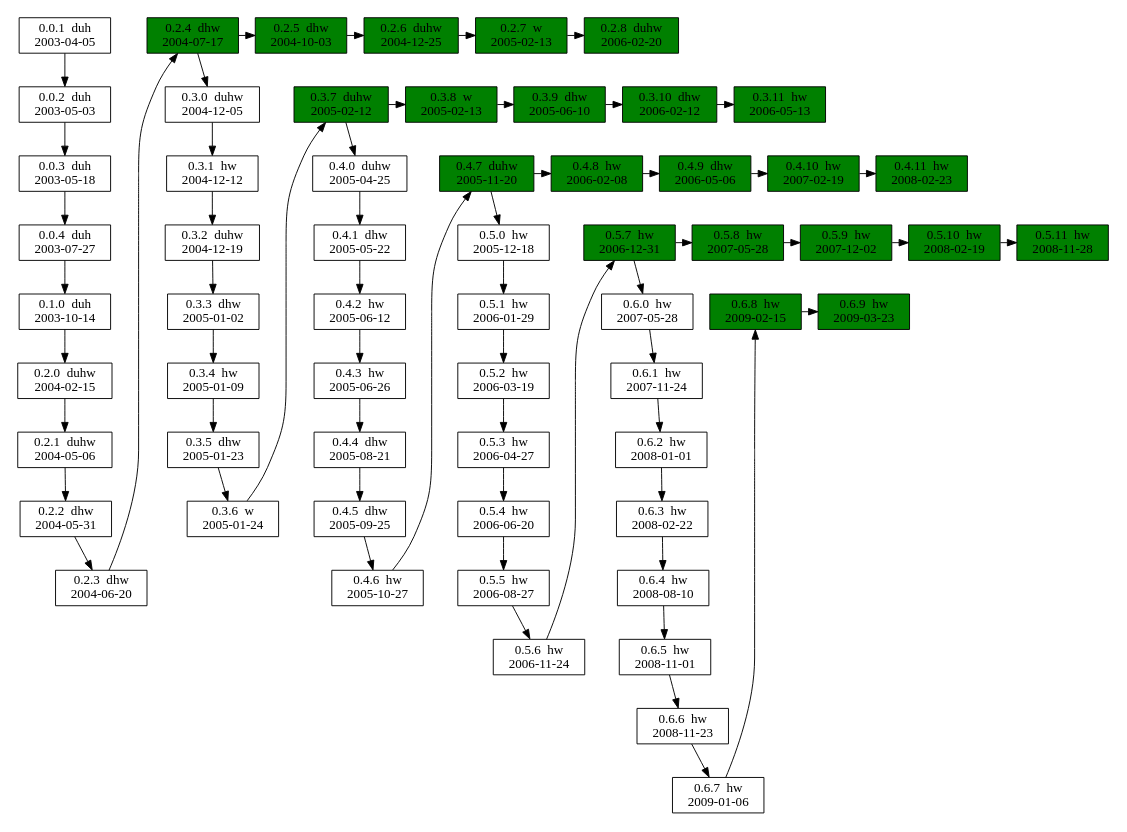
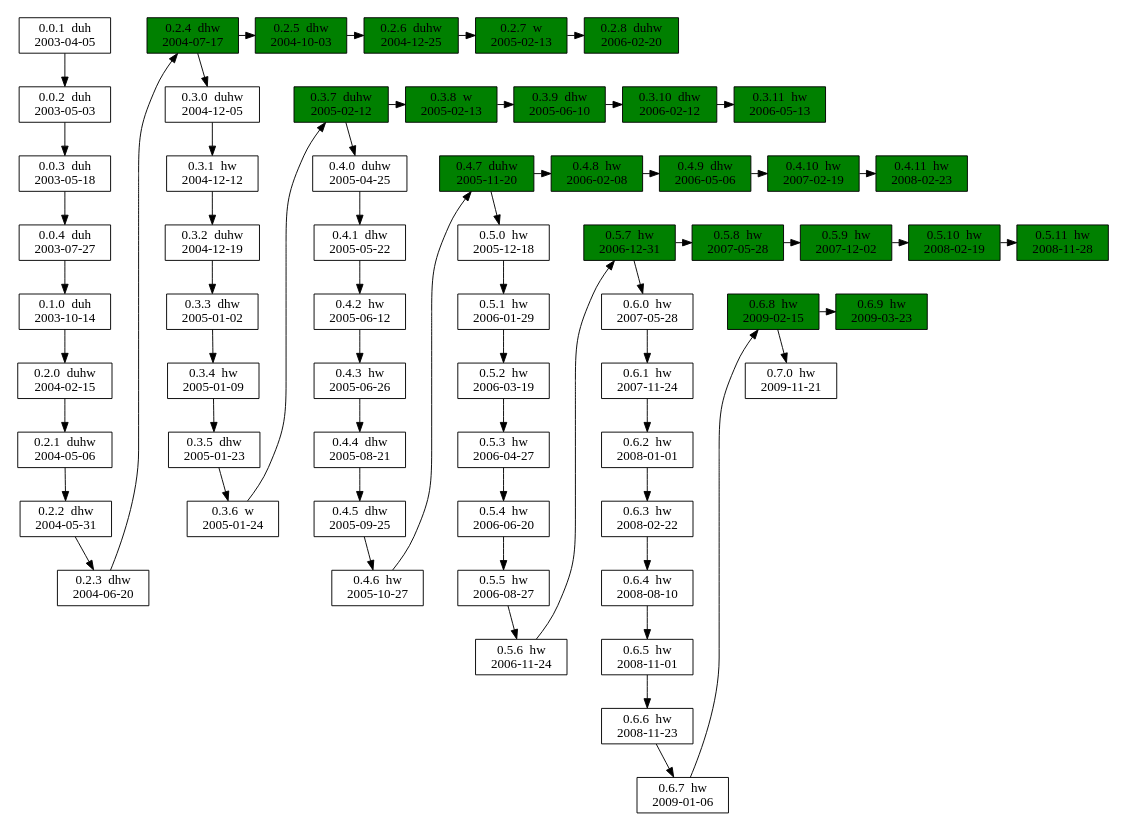
One commit to vanhoefm/krackattacks-scripts changed the diagram in www/versions.dot. Above: the diagram before and after it, drawn with Graphviz. The commit also changed 5 other files, not shown here.

```diff
--- a/www/versions.dot
+++ b/www/versions.dot
@@ -1,106 +1,110 @@
 digraph versions {
 	size="10,6"
 #	rankdir=LR
 
 # development releases
 
 	node [shape=box]
 	v001 [label="0.0.1  duh\n2003-04-05"]
 	v002 [label="0.0.2  duh\n2003-05-03"]
 	v003 [label="0.0.3  duh\n2003-05-18"]
 	v004 [label="0.0.4  duh\n2003-07-27"]
 	v010 [label="0.1.0  duh\n2003-10-14"]
 	v020 [label="0.2.0  duhw\n2004-02-15"]
 	v021 [label="0.2.1  duhw\n2004-05-06"]
 	v022 [label="0.2.2  dhw\n2004-05-31"]
 	v023 [label="0.2.3  dhw\n2004-06-20"]
 	v030 [label="0.3.0  duhw\n2004-12-05"]
 	v031 [label="0.3.1  hw\n2004-12-12"]
 	v032 [label="0.3.2  duhw\n2004-12-19"]
 	v033 [label="0.3.3  dhw\n2005-01-02"]
 	v034 [label="0.3.4  hw\n2005-01-09"]
 	v035 [label="0.3.5  dhw\n2005-01-23"]
 	v036 [label="0.3.6  w\n2005-01-24"]
 
 	v040 [label="0.4.0  duhw\n2005-04-25"]
 	v041 [label="0.4.1  dhw\n2005-05-22"]
 	v042 [label="0.4.2  hw\n2005-06-12"]
 	v043 [label="0.4.3  hw\n2005-06-26"]
 	v044 [label="0.4.4  dhw\n2005-08-21"]
 	v045 [label="0.4.5  dhw\n2005-09-25"]
 	v046 [label="0.4.6  hw\n2005-10-27"]
 	v050 [label="0.5.0  hw\n2005-12-18"]
 	v051 [label="0.5.1  hw\n2006-01-29"]
 	v052 [label="0.5.2  hw\n2006-03-19"]
 	v053 [label="0.5.3  hw\n2006-04-27"]
 	v054 [label="0.5.4  hw\n2006-06-20"]
 	v055 [label="0.5.5  hw\n2006-08-27"]
 	v056 [label="0.5.6  hw\n2006-11-24"]
 	v060 [label="0.6.0  hw\n2007-05-28"]
 	v061 [label="0.6.1  hw\n2007-11-24"]
 	v062 [label="0.6.2  hw\n2008-01-01"]
 	v063 [label="0.6.3  hw\n2008-02-22"]
 	v064 [label="0.6.4  hw\n2008-08-10"]
 	v065 [label="0.6.5  hw\n2008-11-01"]
 	v066 [label="0.6.6  hw\n2008-11-23"]
 	v067 [label="0.6.7  hw\n2009-01-06"]
 
+	v070 [label="0.7.0  hw\n2009-11-21"]
+
 # stable releases
 
 	node [fillcolor=green style=filled]
 	v024 [label="0.2.4  dhw\n2004-07-17"]
 	v025 [label="0.2.5  dhw\n2004-10-03"]
 	v026 [label="0.2.6  duhw\n2004-12-25"]
 	v027 [label="0.2.7  w\n2005-02-13"]
 	v028 [label="0.2.8  duhw\n2006-02-20"]
 	v037 [label="0.3.7  duhw\n2005-02-12"]
 	v038 [label="0.3.8  w\n2005-02-13"]
 	v039 [label="0.3.9  dhw\n2005-06-10"]
 	v0310 [label="0.3.10  dhw\n2006-02-12"]
 	v0311 [label="0.3.11  hw\n2006-05-13"]
 	v047 [label="0.4.7  duhw\n2005-11-20"]
 	v048 [label="0.4.8  hw\n2006-02-08"]
 	v049 [label="0.4.9  dhw\n2006-05-06"]
 	v0410 [label="0.4.10  hw\n2007-02-19"]
 	v0411 [label="0.4.11  hw\n2008-02-23"]
 	v057 [label="0.5.7  hw\n2006-12-31"]
 	v058 [label="0.5.8  hw\n2007-05-28"]
 	v059 [label="0.5.9  hw\n2007-12-02"]
 	v0510 [label="0.5.10  hw\n2008-02-19"]
 	v0511 [label="0.5.11  hw\n2008-11-28"]
 	v068 [label="0.6.8  hw\n2009-02-15"]
 	v069 [label="0.6.9  hw\n2009-03-23"]
 
 # development releases
 
 	v001 -> v002 -> v003 -> v004
 	v004 -> v010 -> v020 -> v021 -> v022 -> v023 -> v024
 	v024 -> v030 -> v031 -> v032 -> v033 -> v034 -> v035 -> v036 -> v037
 	v037 -> v040 -> v041 -> v042 -> v043 -> v044 -> v045 -> v046 -> v047
 	v047 -> v050 -> v051 -> v052 -> v053 -> v054 -> v055 -> v056 -> v057
 	v057 -> v060 -> v061 -> v062 -> v063 -> v064 -> v065 -> v066 -> v067 -> v068
+	v068 -> v070
 
 	{rank=same; v001 v024}
 	{rank=same; v030 v037}
 	{rank=same; v040 v047}
 	{rank=same; v050 v057}
 	{rank=same; v060 v068}
+	{rank=same; v070 v070}
 
 # stable releases
 
 	v024 -> v025 -> v026 -> v027 -> v028
 	v037 -> v038 -> v039 -> v0310 -> v0311
 	v047 -> v048 -> v049 -> v0410 -> v0411
 	v057 -> v058 -> v059 -> v0510 -> v0511
 	v068 -> v069
 
 	{rank=same; v024 v025 v026 v027 v028}
 	{rank=same; v037 v038 v039 v0310 v0311}
 	{rank=same; v047 v048 v049 v0410 v0411}
 	{rank=same; v057 v058 v059 v0510 v0511}
 	{rank=same; v068 v069}
 
 #	edge [style=dashed,color=red]
 #	v030 -> v036
 
 }
```
